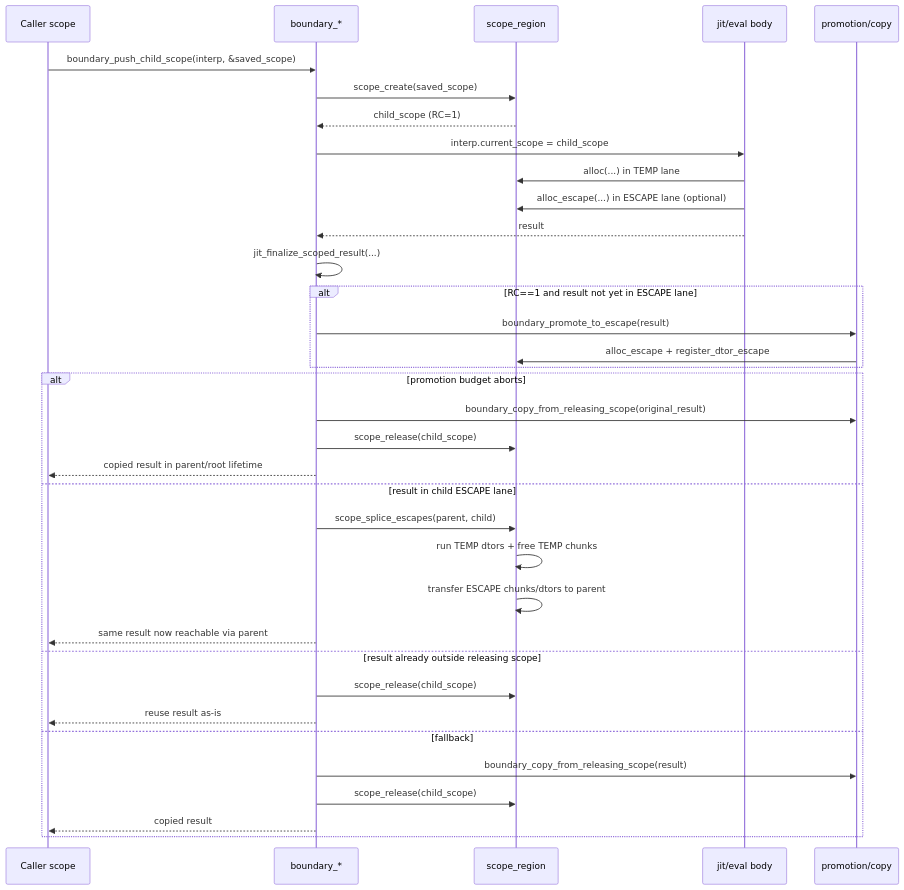
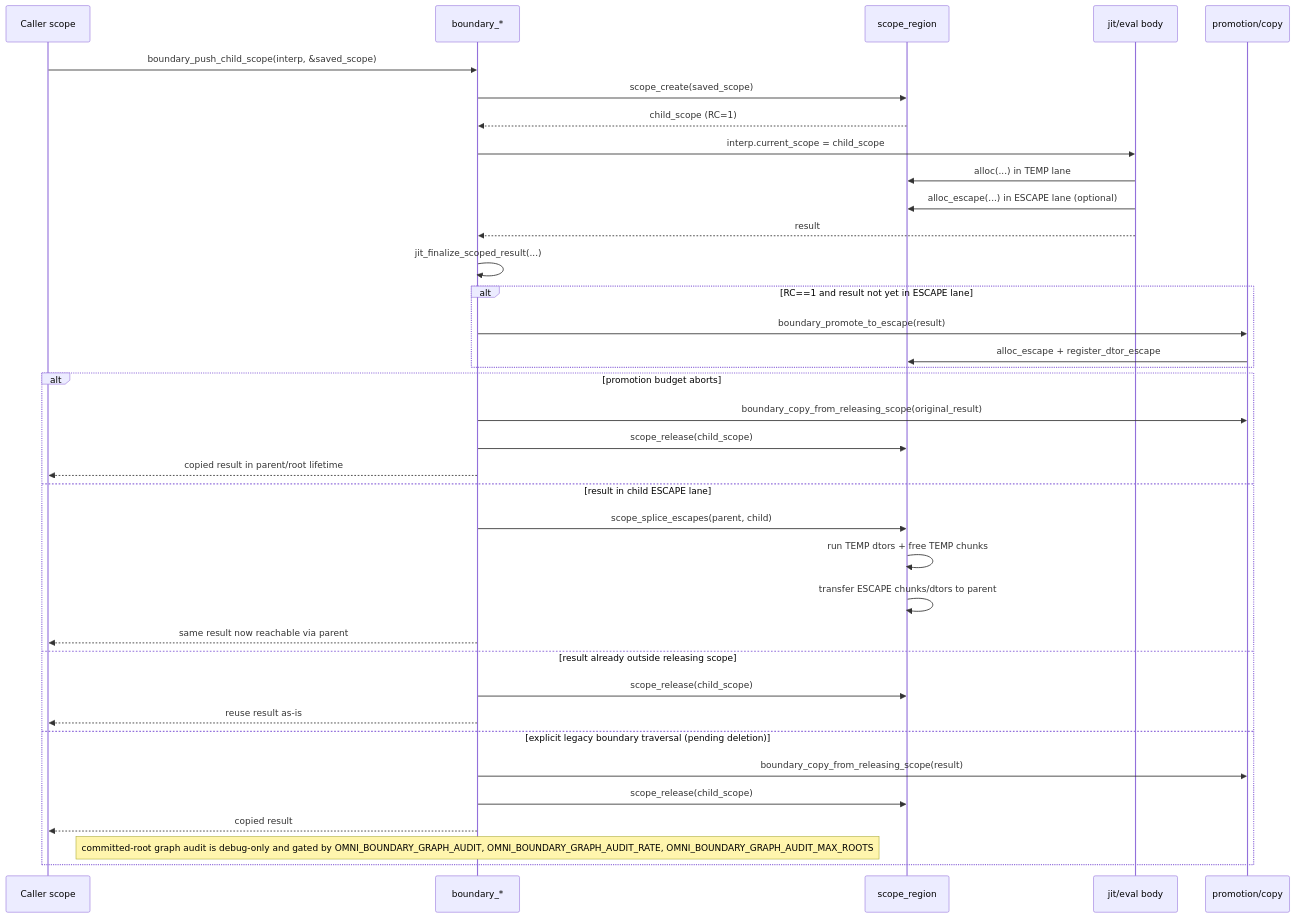
Before and after one commit to gavlooth/omnilisp: the second of 4 diagrams in docs/areas/memory-runtime-cycle.md, drawn with Mermaid. The commit also changed other lines of this file and 365 other files, not shown here.

````diff
--- a/docs/areas/memory-runtime-cycle.md
+++ b/docs/areas/memory-runtime-cycle.md
@@ -80,41 +80,42 @@
 ```mermaid
 sequenceDiagram
     participant Caller as Caller scope
     participant Boundary as boundary_*
     participant Scope as scope_region
     participant Eval as jit/eval body
     participant Promote as promotion/copy
 
     Caller->>Boundary: boundary_push_child_scope(interp, &saved_scope)
     Boundary->>Scope: scope_create(saved_scope)
     Scope-->>Boundary: child_scope (RC=1)
     Boundary->>Eval: interp.current_scope = child_scope
 
     Eval->>Scope: alloc(...) in TEMP lane
     Eval->>Scope: alloc_escape(...) in ESCAPE lane (optional)
     Eval-->>Boundary: result
     Boundary->>Boundary: jit_finalize_scoped_result(...)
 
     alt RC==1 and result not yet in ESCAPE lane
         Boundary->>Promote: boundary_promote_to_escape(result)
         Promote->>Scope: alloc_escape + register_dtor_escape
     end
 
     alt promotion budget aborts
         Boundary->>Promote: boundary_copy_from_releasing_scope(original_result)
         Boundary->>Scope: scope_release(child_scope)
         Boundary-->>Caller: copied result in parent/root lifetime
     else result in child ESCAPE lane
         Boundary->>Scope: scope_splice_escapes(parent, child)
         Scope->>Scope: run TEMP dtors + free TEMP chunks
         Scope->>Scope: transfer ESCAPE chunks/dtors to parent
         Boundary-->>Caller: same result now reachable via parent
     else result already outside releasing scope
         Boundary->>Scope: scope_release(child_scope)
         Boundary-->>Caller: reuse result as-is
-    else fallback
+    else explicit legacy boundary traversal (pending deletion)
         Boundary->>Promote: boundary_copy_from_releasing_scope(result)
         Boundary->>Scope: scope_release(child_scope)
         Boundary-->>Caller: copied result
+    note over Boundary: committed-root graph audit is debug-only and gated by OMNI_BOUNDARY_GRAPH_AUDIT, OMNI_BOUNDARY_GRAPH_AUDIT_RATE, OMNI_BOUNDARY_GRAPH_AUDIT_MAX_ROOTS
     end
 ```
````
